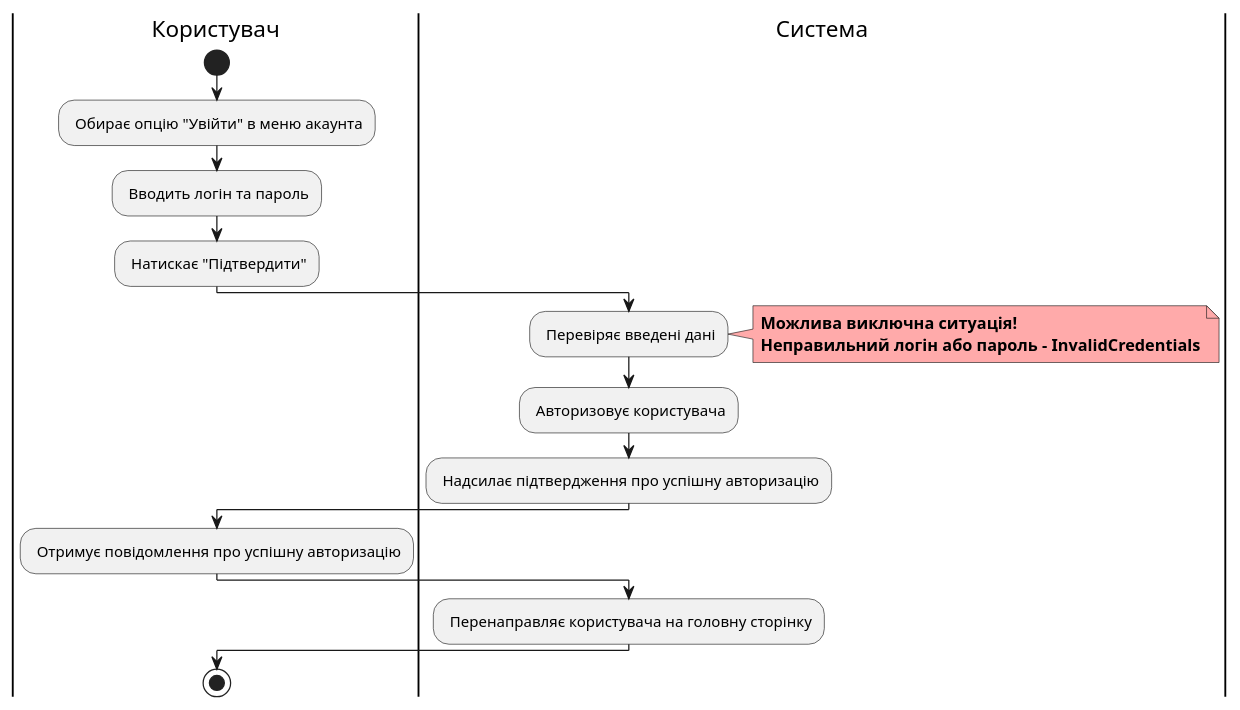
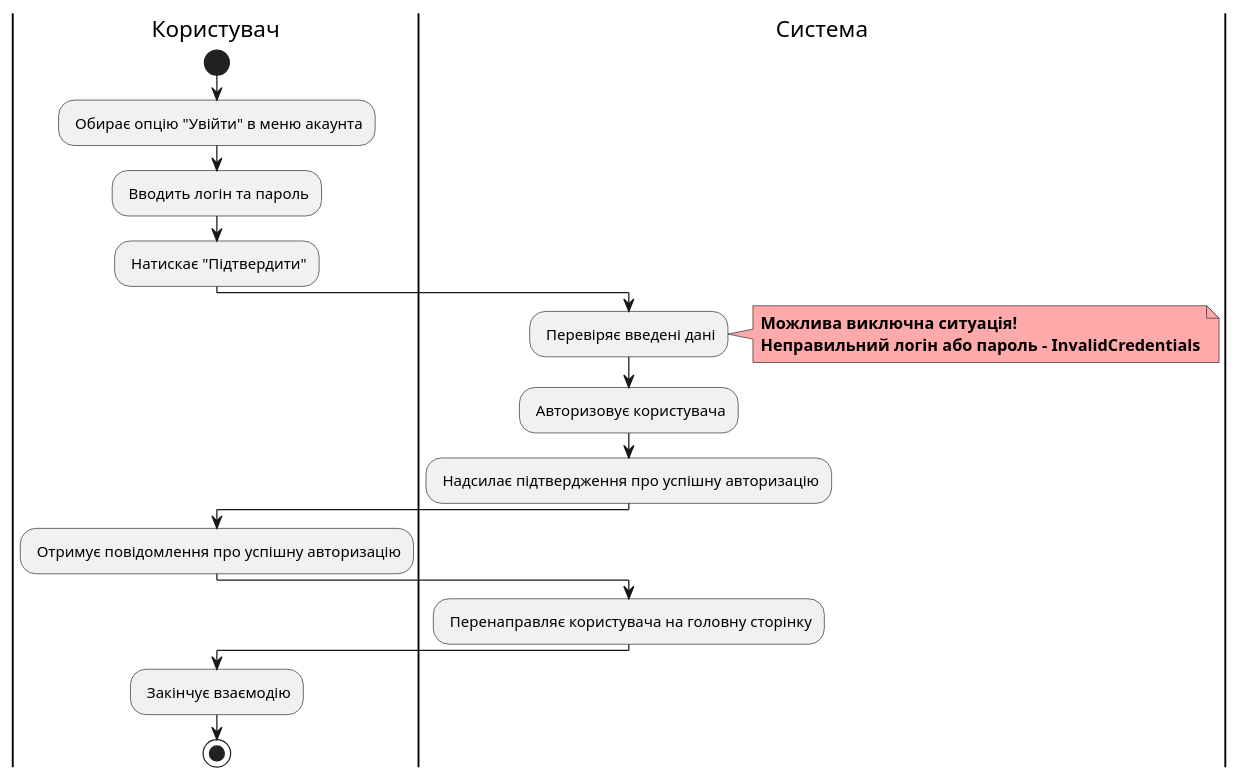
Diagram 12 of 19 in docs/use cases/README.md (watashone/db-labs), drawn with PlantUML before and after one commit. The commit also changed other lines of this file, not shown here.

```diff
--- a/docs/use cases/README.md
+++ b/docs/use cases/README.md
@@ -382,23 +382,24 @@
 @startuml
 
     |Користувач|
         start
         : Обирає опцію "Увійти" в меню акаунта;
         : Вводить логін та пароль;
         : Натискає "Підтвердити";
     |Система|
         : Перевіряє введені дані;
         note right #ffaaaa
         <b>Можлива виключна ситуація!
         <b>Неправильний логін або пароль - InvalidCredentials
         end note
         : Авторизовує користувача;
         : Надсилає підтвердження про успішну авторизацію;
     |Користувач|
         : Отримує повідомлення про успішну авторизацію;
     |Система|    
         : Перенаправляє користувача на головну сторінку;
     |Користувач|
+        : Закінчує взаємодію;
         stop;
         
 @enduml
```
